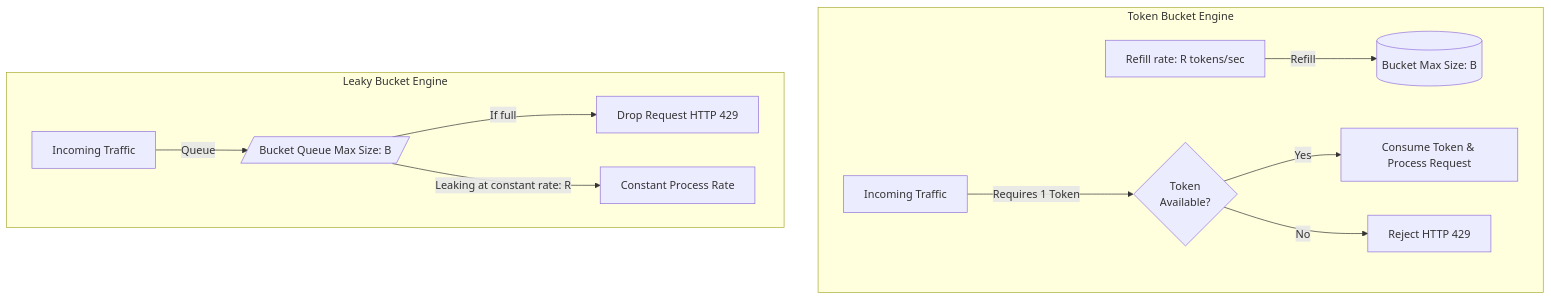
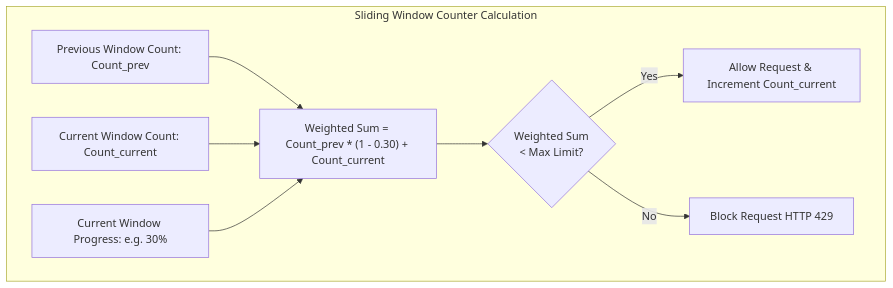
One commit to awoladhossain/awolad-docs changed the eighth of 10 diagrams in content/backend-concurrency.md. Above: the diagram before and after it, drawn with Mermaid. The commit also changed other lines of this file and 1 other file, not shown here.

````diff
--- a/content/backend-concurrency.md
+++ b/content/backend-concurrency.md
@@ -528,15 +695,19 @@
 ```mermaid
 flowchart TD
-    subgraph TokenBucket [Token Bucket Engine]
-        Tokens[Refill rate: R tokens/sec] -->|Refill| Bucket[(Bucket Max Size: B)]
-        Request[Incoming Traffic] -->|Requires 1 Token| Check{Token <br> Available?}
-        Check -->|Yes| Consume[Consume Token & Process Request]
-        Check -->|No| Reject[Reject HTTP 429]
-    end
-
-    subgraph LeakyBucket [Leaky Bucket Engine]
-        Request2[Incoming Traffic] -->|Queue| Bucket2[/Bucket Queue Max Size: B/]
-        Bucket2 -->|If full| Reject2[Drop Request HTTP 429]
-        Bucket2 -->|Leaking at constant rate: R| Process[Constant Process Rate]
+    subgraph CounterEngine [Sliding Window Counter Calculation]
+        PrevCounter[Previous Window Count: Count_prev]
+        CurrCounter[Current Window Count: Count_current]
+        Progress[Current Window Progress: e.g. 30%]
+        
+        Math["Weighted Sum = Count_prev * (1 - 0.30) + Count_current"]
+        Check{Weighted Sum <br> < Max Limit?}
+        
+        PrevCounter --> Math
+        CurrCounter --> Math
+        Progress --> Math
+        
+        Math --> Check
+        Check -->|Yes| Allow[Allow Request & Increment Count_current]
+        Check -->|No| Block[Block Request HTTP 429]
     end
 ```
````
